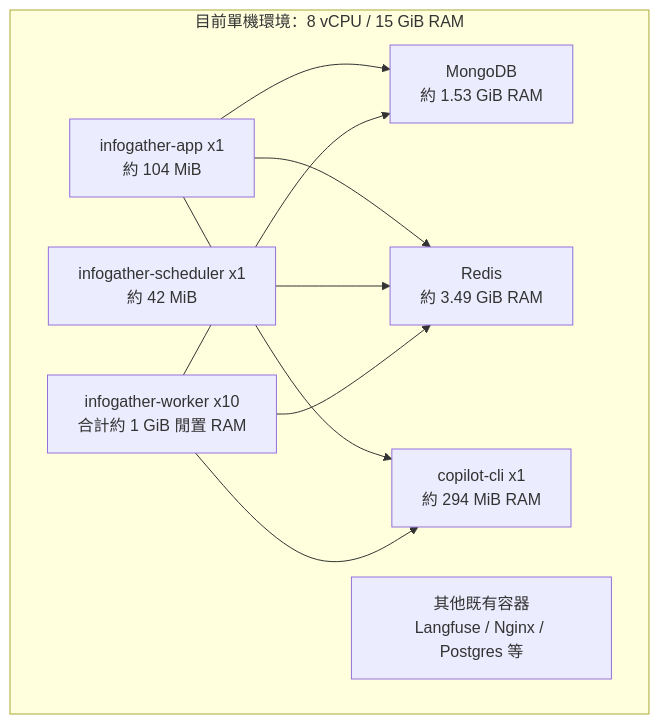
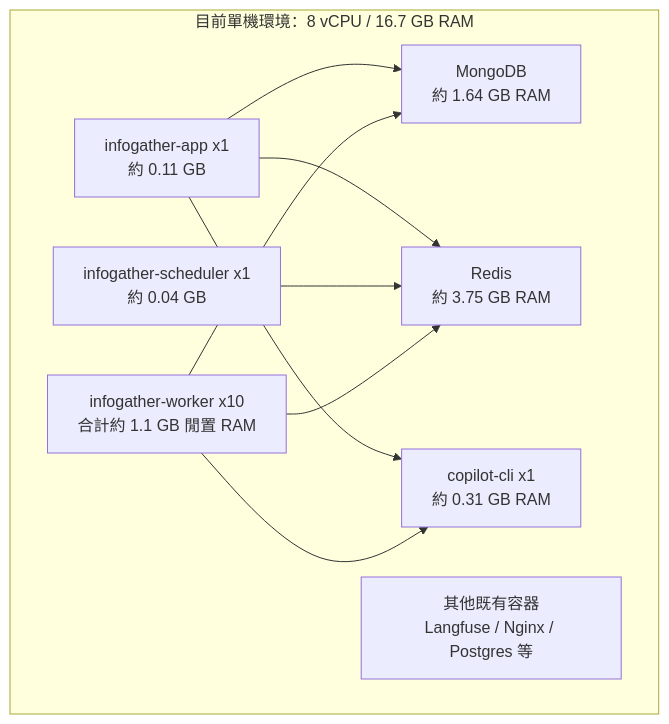
The second of 17 diagrams in production-resource-architecture-proposal.md (chunkai1312/temp), drawn with Mermaid before and after one commit. The commit also changed other lines of this file, not shown here.

````diff
--- a/production-resource-architecture-proposal.md
+++ b/production-resource-architecture-proposal.md
@@ -77,19 +77,19 @@
 ```mermaid
 flowchart TB
-  subgraph HOST["目前單機環境：8 vCPU / 15 GiB RAM"]
-    APP["infogather-app x1\n約 104 MiB"]
-    SCHED["infogather-scheduler x1\n約 42 MiB"]
-    WORKERS["infogather-worker x10\n合計約 1 GiB 閒置 RAM"]
-    CLI["copilot-cli x1\n約 294 MiB RAM"]
-    MONGO["MongoDB\n約 1.53 GiB RAM"]
-    REDIS["Redis\n約 3.49 GiB RAM"]
+  subgraph HOST["目前單機環境：8 vCPU / 16.7 GB RAM"]
+    APP["infogather-app x1\n約 0.11 GB"]
+    SCHED["infogather-scheduler x1\n約 0.04 GB"]
+    WORKERS["infogather-worker x10\n合計約 1.1 GB 閒置 RAM"]
+    CLI["copilot-cli x1\n約 0.31 GB RAM"]
+    MONGO["MongoDB\n約 1.64 GB RAM"]
+    REDIS["Redis\n約 3.75 GB RAM"]
     OTHER["其他既有容器\nLangfuse / Nginx / Postgres 等"]
   end
   APP --> MONGO
   APP --> REDIS
   APP --> CLI
   SCHED --> REDIS
   WORKERS --> REDIS
   WORKERS --> MONGO
   WORKERS --> CLI
 ```
````
